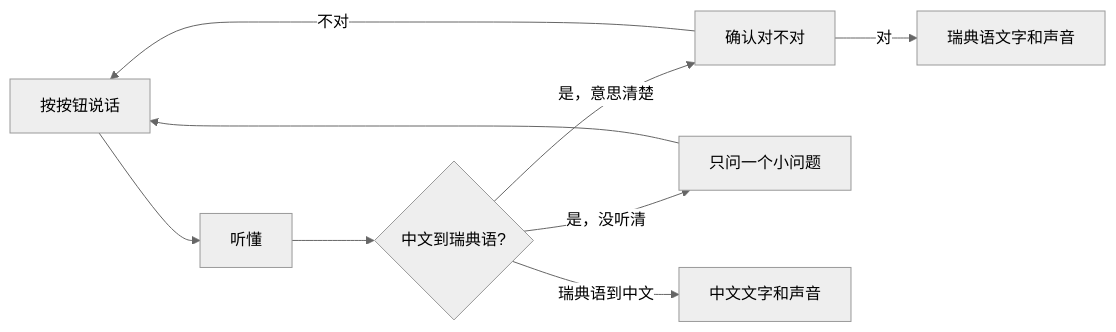
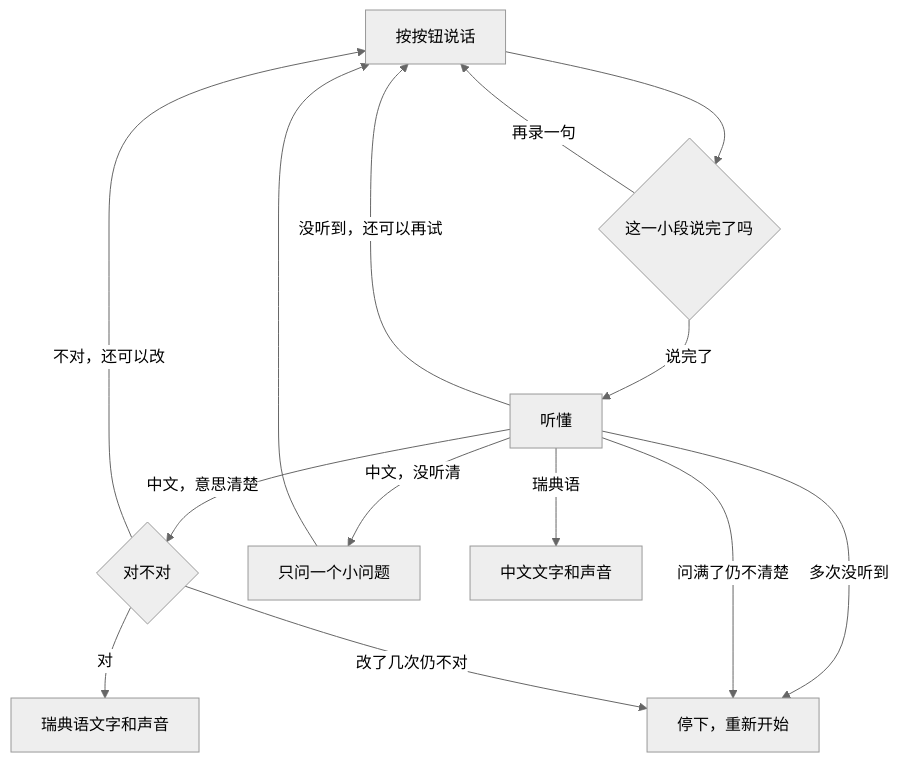
The diagram in README.md (SeanSha/LillaTolken), drawn with Mermaid (neutral theme) before and after one commit. The commit also changed other lines of this file and 9 other files, not shown here.

First line of the commit message:
Use GPT-6 Luna for photo vocabulary, and bring both dialogue charts in line with the machine.

````diff
--- a/README.md
+++ b/README.md
@@ -90,11 +90,16 @@
 ```mermaid
-flowchart LR
-  A[按按钮说话] --> B[听懂]
-  B --> C{中文到瑞典语?}
-  C -->|是，意思清楚| D[确认对不对]
-  C -->|是，没听清| E[只问一个小问题]
+flowchart TD
+  A[按按钮说话] --> B{这一小段说完了吗}
+  B -->|再录一句| A
+  B -->|说完了| C[听懂]
+  C -->|没听到，还可以再试| A
+  C -->|多次没听到| Z[停下，重新开始]
+  C -->|中文，意思清楚| D{对不对}
+  C -->|中文，没听清| E[只问一个小问题]
   E --> A
+  C -->|问满了仍不清楚| Z
   D -->|对| F[瑞典语文字和声音]
-  D -->|不对| A
-  C -->|瑞典语到中文| G[中文文字和声音]
+  D -->|不对，还可以改| A
+  D -->|改了几次仍不对| Z
+  C -->|瑞典语| G[中文文字和声音]
 ```
````
